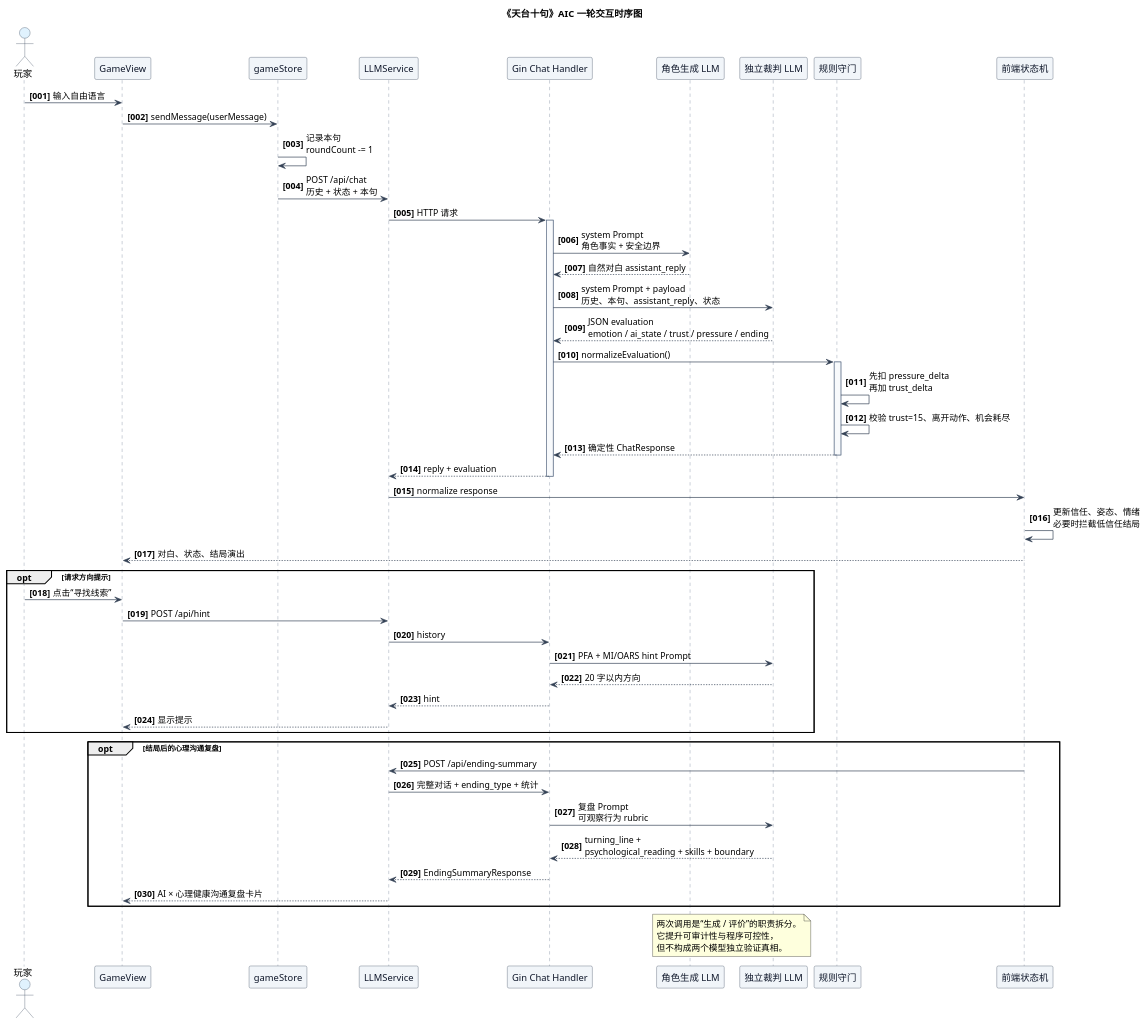
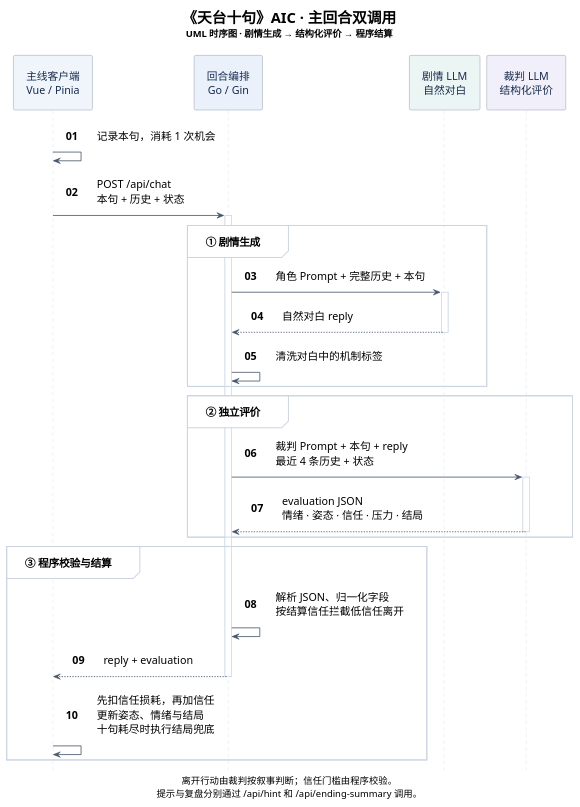
Before and after one commit to FuSheng-cs/tian_tai_shi_ju: the diagram in docs/architecture/aic_dual_call_sequence.puml, drawn with PlantUML. The commit also changed 8 other files, not shown here.

Commit message:
Redraw AIC UML diagrams for readable documentation

```diff
--- a/docs/architecture/aic_dual_call_sequence.puml
+++ b/docs/architecture/aic_dual_call_sequence.puml
@@ -1,81 +1,57 @@
 @startuml AIC_Dual_Call_Sequence
-title 《天台十句》AIC 一轮交互时序图
+title 《天台十句》AIC · 主回合双调用\n<size:14>UML 时序图 · 剧情生成 → 结构化评价 → 程序结算</size>
 
-autonumber "<b>[000]"
+hide footbox
+autonumber "<b>00</b>"
+skinparam backgroundColor #FFFFFF
+skinparam shadowing false
+skinparam defaultFontName "Microsoft YaHei"
+skinparam defaultFontSize 16
+skinparam titleFontSize 22
+skinparam CaptionFontSize 14
+skinparam sequenceArrowColor #475569
+skinparam sequenceArrowThickness 1.2
+skinparam sequenceArrowFontSize 16
+skinparam sequenceLifeLineBorderColor #CBD5E1
+skinparam sequenceParticipantBorderColor #64748B
+skinparam sequenceParticipantFontColor #172B4D
+skinparam sequenceGroupBorderColor #CBD5E1
+skinparam sequenceGroupBackgroundColor #FFFFFF
+skinparam sequenceGroupHeaderFontSize 16
+skinparam sequenceMessageAlign left
+skinparam BoxPadding 12
+skinparam Padding 12
 
-skinparam shadowing false
-skinparam backgroundColor #FFFFFF
-skinparam sequence {
-  ArrowColor #334155
-  LifeLineBorderColor #64748B
-  LifeLineBackgroundColor #F8FAFC
-  ParticipantBorderColor #334155
-  ParticipantBackgroundColor #F1F5F9
-  ParticipantFontColor #0F172A
-  ActorBorderColor #334155
-  ActorBackgroundColor #E0F2FE
-  BoxBorderColor #64748B
-  BoxBackgroundColor #F8FAFC
-}
-skinparam defaultFontName "Microsoft YaHei"
+participant "主线客户端\nVue / Pinia" as Client #F0F5FB
+participant "回合编排\nGo / Gin" as Chat #EAF1FB
+participant "剧情 LLM\n自然对白" as Story #EBF5F3
+participant "裁判 LLM\n结构化评价" as Judge #F1EFF9
 
-actor "玩家" as Player
-participant "GameView" as View
-participant "gameStore" as Store
-participant "LLMService" as Client
-participant "Gin Chat Handler" as Handler
-participant "角色生成 LLM" as Role
-participant "独立裁判 LLM" as Judge
-participant "规则守门" as Gate
-participant "前端状态机" as State
+Client -> Client : 记录本句，消耗 1 次机会
+Client -> Chat : POST /api/chat\n本句 + 历史 + 状态
+activate Chat
 
-Player -> View : 输入自由语言
-View -> Store : sendMessage(userMessage)
-Store -> Store : 记录本句\nroundCount -= 1
-Store -> Client : POST /api/chat\n历史 + 状态 + 本句
-Client -> Handler : HTTP 请求
-
-activate Handler
-Handler -> Role : system Prompt\n角色事实 + 安全边界
-Role --> Handler : 自然对白 assistant_reply
-Handler -> Judge : system Prompt + payload\n历史、本句、assistant_reply、状态
-Judge --> Handler : JSON evaluation\nemotion / ai_state / trust / pressure / ending
-Handler -> Gate : normalizeEvaluation()
-activate Gate
-Gate -> Gate : 先扣 pressure_delta\n再加 trust_delta
-Gate -> Gate : 校验 trust=15、离开动作、机会耗尽
-Gate --> Handler : 确定性 ChatResponse
-deactivate Gate
-Handler --> Client : reply + evaluation
-deactivate Handler
-
-Client -> State : normalize response
-State -> State : 更新信任、姿态、情绪\n必要时拦截低信任结局
-State --> View : 对白、状态、结局演出
-
-opt 请求方向提示
-  Player -> View : 点击“寻找线索”
-  View -> Client : POST /api/hint
-  Client -> Handler : history
-  Handler -> Judge : PFA + MI/OARS hint Prompt
-  Judge --> Handler : 20 字以内方向
-  Handler --> Client : hint
-  Client --> View : 显示提示
+group ① 剧情生成
+  Chat -> Story : 角色 Prompt + 完整历史 + 本句
+  activate Story
+  Story --> Chat : 自然对白 reply
+  deactivate Story
+  Chat -> Chat : 清洗对白中的机制标签
 end
 
-opt 结局后的心理沟通复盘
-  State -> Client : POST /api/ending-summary
-  Client -> Handler : 完整对话 + ending_type + 统计
-  Handler -> Judge : 复盘 Prompt\n可观察行为 rubric
-  Judge --> Handler : turning_line +\npsychological_reading + skills + boundary
-  Handler --> Client : EndingSummaryResponse
-  Client --> View : AI × 心理健康沟通复盘卡片
+group ② 独立评价
+  Chat -> Judge : 裁判 Prompt + 本句 + reply\n最近 4 条历史 + 状态
+  activate Judge
+  Judge --> Chat : evaluation JSON\n情绪 · 姿态 · 信任 · 压力 · 结局
+  deactivate Judge
 end
 
-note over Role,Judge
-两次调用是“生成 / 评价”的职责拆分。
-它提升可审计性与程序可控性，
-但不构成两个模型独立验证真相。
-end note
+group ③ 程序校验与结算
+  Chat -> Chat : 解析 JSON、归一化字段\n按结算信任拦截低信任离开
+  Chat --> Client : reply + evaluation
+  deactivate Chat
+  Client -> Client : 先扣信任损耗，再加信任\n更新姿态、情绪与结局\n十句耗尽时执行结局兜底
+end
 
+caption 离开行动由裁判按叙事判断；信任门槛由程序校验。\n提示与复盘分别通过 /api/hint 和 /api/ending-summary 调用。
 @enduml
```
